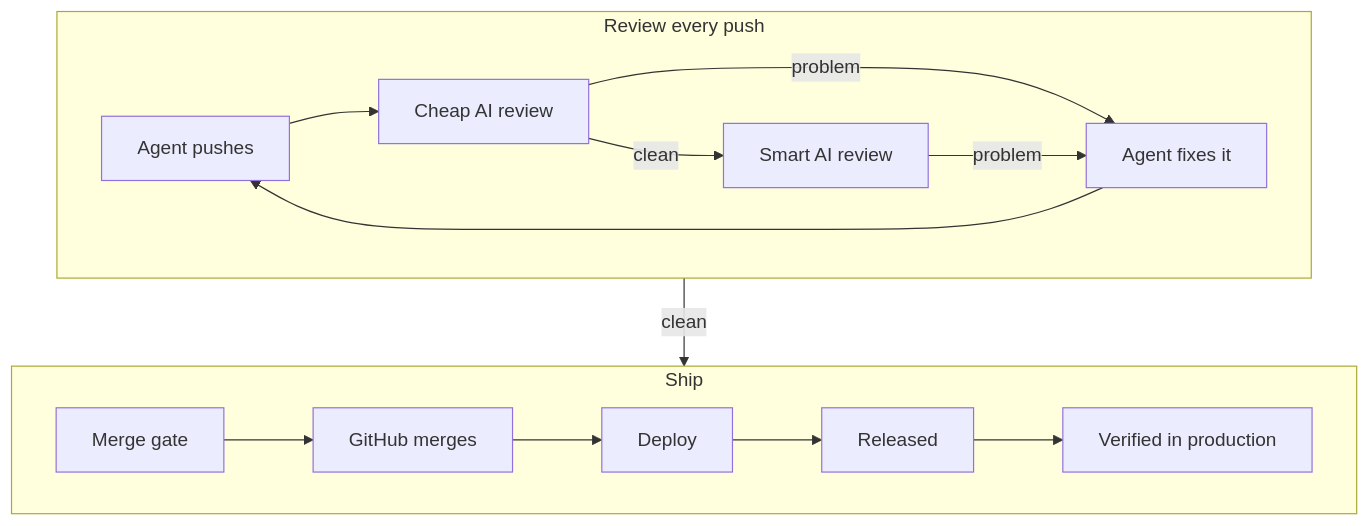
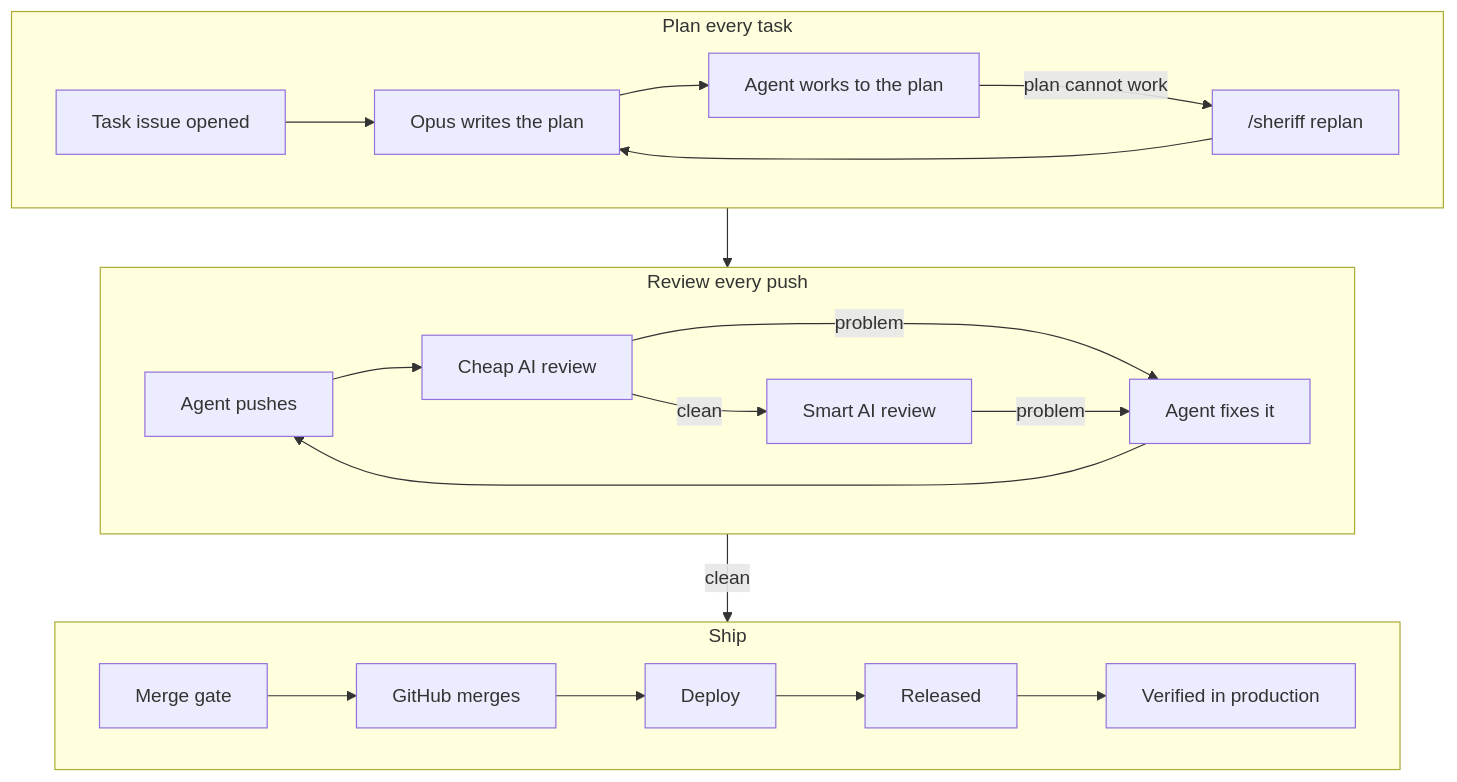
Before and after one commit to nick-the-dev/gh-sheriff: the diagram in README.md, drawn with Mermaid. The commit also changed other lines of this file, not shown here.

Commit message:
docs: the planning step in the merge flow and the gate's plan-version condition

````diff
--- a/README.md
+++ b/README.md
@@ -37,15 +37,21 @@
 ```mermaid
 flowchart TB
+    subgraph PLAN["Plan every task"]
+        direction LR
+        I["Task issue opened"] --> P["Opus writes the plan"] --> W["Agent works to the plan"]
+        W -->|"plan cannot work"| R["/sheriff replan"] --> P
+    end
     subgraph REVIEW["Review every push"]
         direction LR
         A["Agent pushes"] --> B["Cheap AI review"] -->|clean| C["Smart AI review"]
         B -->|problem| X["Agent fixes it"]
         C -->|problem| X
         X --> A
     end
     subgraph SHIP["Ship"]
         direction LR
         D["Merge gate"] --> E["GitHub merges"] --> F["Deploy"] --> G["Released"] --> H["Verified in production"]
     end
+    PLAN --> REVIEW
     REVIEW -->|clean| SHIP
 ```
````
